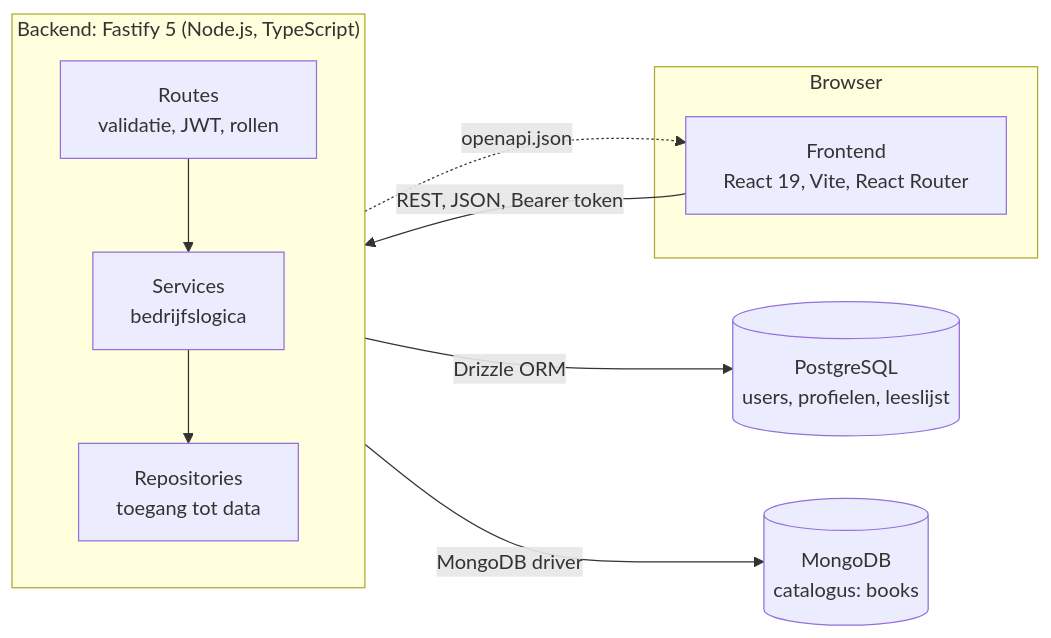
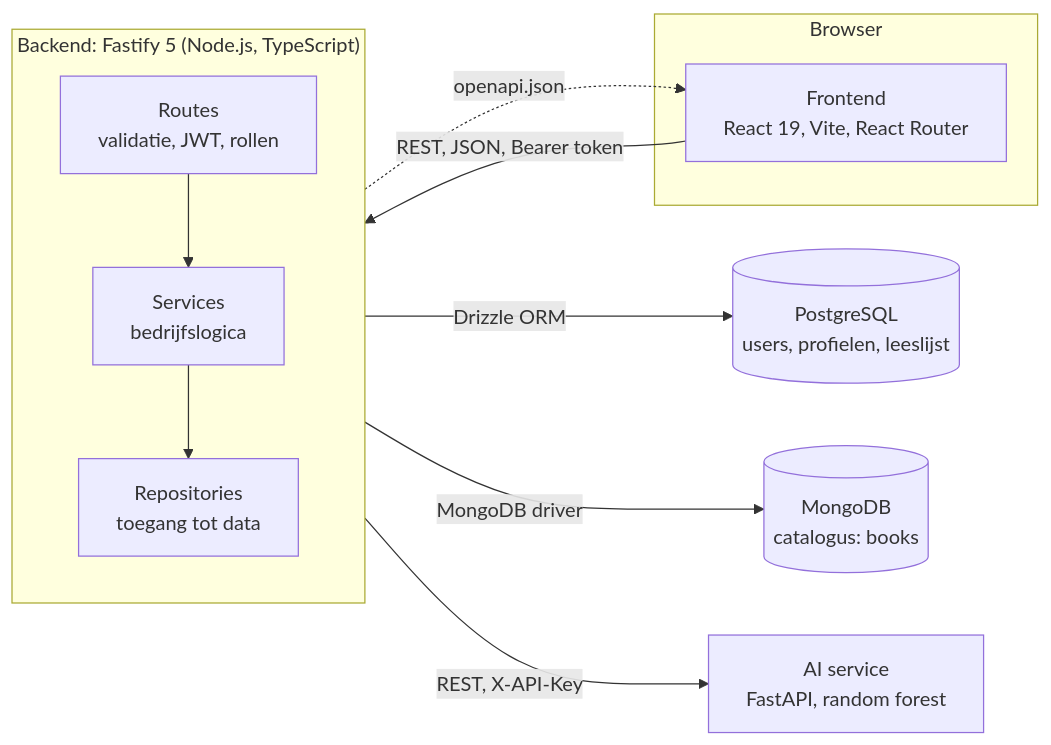
The first of 2 diagrams in README.md (kiwisap/avans-2.1-smart-reading-coach-api), drawn with Mermaid before and after one commit. The commit also changed other lines of this file and 25 other files, not shown here.

````diff
--- a/README.md
+++ b/README.md
@@ -126,22 +131,24 @@
 ```mermaid
 flowchart LR
     subgraph Browser
         FE["Frontend<br/>React 19, Vite, React Router"]
     end
 
     subgraph API["Backend: Fastify 5 (Node.js, TypeScript)"]
         direction TB
         R["Routes<br/>validatie, JWT, rollen"]
         S["Services<br/>bedrijfslogica"]
         Rep["Repositories<br/>toegang tot data"]
         R --> S --> Rep
     end
 
     PG[("PostgreSQL<br/>users, profielen, leeslijst")]
     MG[("MongoDB<br/>catalogus: books")]
+    AI["AI service<br/>FastAPI, random forest"]
 
     FE -- "REST, JSON, Bearer token" --> R
     Rep -- "Drizzle ORM" --> PG
     Rep -- "MongoDB driver" --> MG
+    S -- "REST, X-API-Key" --> AI
     API -. "openapi.json" .-> FE
 ```
````
